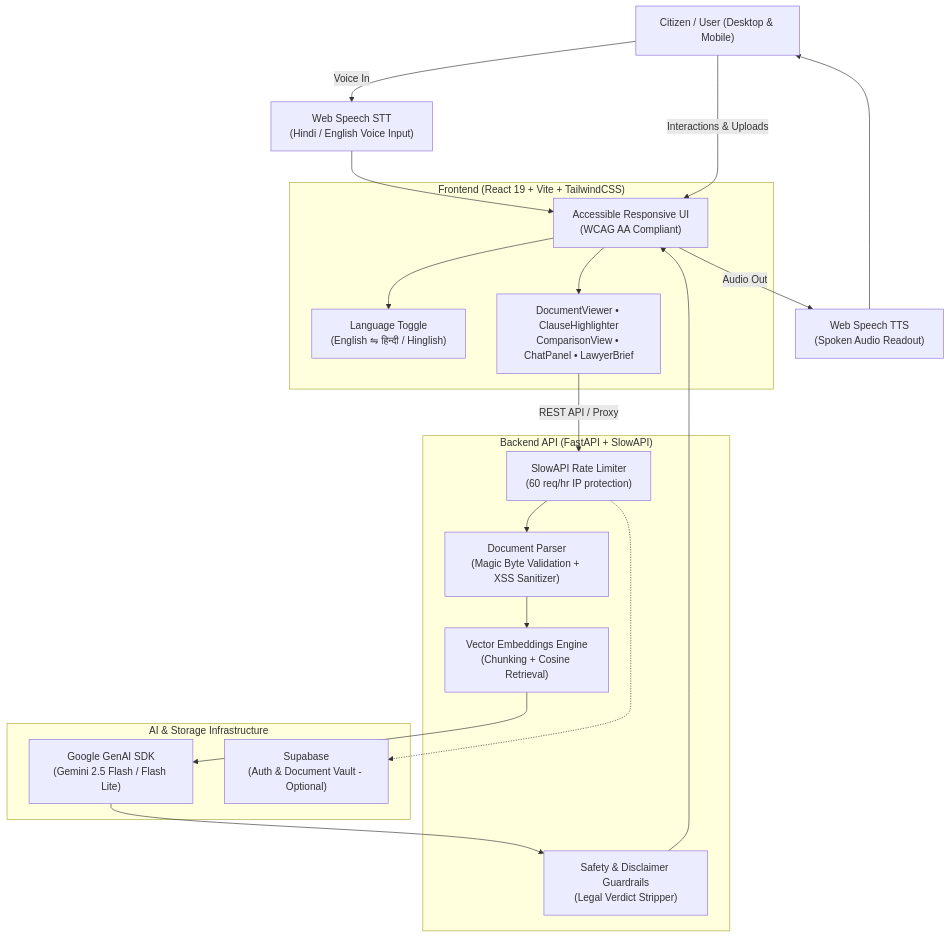
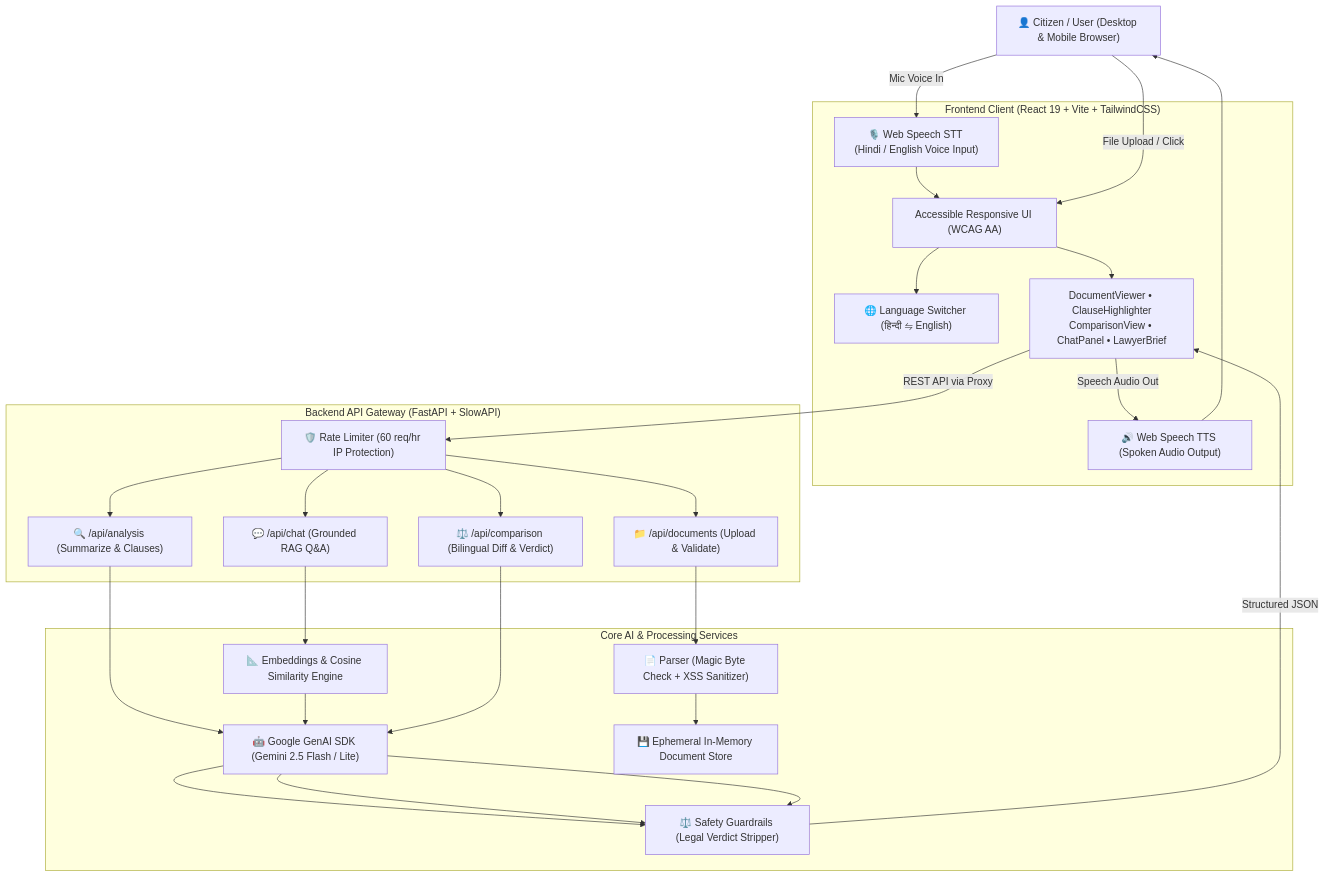
One commit to MOHDUBES/NyaySetu-AI changed the first of 2 diagrams in README.md. Above: the diagram before and after it, drawn with Mermaid. The commit also changed other lines of this file, not shown here.

Commit message:
docs: enrich README with detailed problem-solution, system architecture diagrams, sequence flows, and full project structure tree

````diff
--- a/README.md
+++ b/README.md
@@ -89,37 +52,41 @@
 ```mermaid
 graph TB
-    User["Citizen / User (Desktop & Mobile)"]
-    Mic["Web Speech STT\n(Hindi / English Voice Input)"]
-    Speaker["Web Speech TTS\n(Spoken Audio Readout)"]
+    User["👤 Citizen / User (Desktop & Mobile Browser)"]
     
-    subgraph Frontend ["Frontend (React 19 + Vite + TailwindCSS)"]
-        UI["Accessible Responsive UI\n(WCAG AA Compliant)"]
-        Toggle["Language Toggle\n(English ⇋ हिन्दी / Hinglish)"]
-        Components["DocumentViewer • ClauseHighlighter\nComparisonView • ChatPanel • LawyerBrief"]
+    subgraph ClientLayer ["Frontend Client (React 19 + Vite + TailwindCSS)"]
+        UI["Accessible Responsive UI (WCAG AA)"]
+        STT["🎙️ Web Speech STT (Hindi / English Voice Input)"]
+        TTS["🔊 Web Speech TTS (Spoken Audio Output)"]
+        LangToggle["🌐 Language Switcher (हिन्दी ⇋ English)"]
+        Viewers["DocumentViewer • ClauseHighlighter\nComparisonView • ChatPanel • LawyerBrief"]
     end
     
-    subgraph Backend ["Backend API (FastAPI + SlowAPI)"]
-        RateLimiter["SlowAPI Rate Limiter\n(60 req/hr IP protection)"]
-        Parser["Document Parser\n(Magic Byte Validation + XSS Sanitizer)"]
-        RAG["Vector Embeddings Engine\n(Chunking + Cosine Retrieval)"]
-        Guardrails["Safety & Disclaimer Guardrails\n(Legal Verdict Stripper)"]
+    subgraph APILayer ["Backend API Gateway (FastAPI + SlowAPI)"]
+        Limiter["🛡️ Rate Limiter (60 req/hr IP Protection)"]
+        UploadRouter["📁 /api/documents (Upload & Validate)"]
+        AnalysisRouter["🔍 /api/analysis (Summarize & Clauses)"]
+        ChatRouter["💬 /api/chat (Grounded RAG Q&A)"]
+        CompareRouter["⚖️ /api/comparison (Bilingual Diff & Verdict)"]
     end
     
-    subgraph CloudAI ["AI & Storage Infrastructure"]
-        Gemini["Google GenAI SDK\n(Gemini 2.5 Flash / Flash Lite)"]
-        Supabase["Supabase\n(Auth & Document Vault - Optional)"]
+    subgraph CoreServices ["Core AI & Processing Services"]
+        Parser["📄 Parser (Magic Byte Check + XSS Sanitizer)"]
+        RAG["📐 Embeddings & Cosine Similarity Engine"]
+        LLMService["🤖 Google GenAI SDK (Gemini 2.5 Flash / Lite)"]
+        Guardrails["⚖️ Safety Guardrails (Legal Verdict Stripper)"]
+        SessionMemory["💾 Ephemeral In-Memory Document Store"]
     end
 
-    User -->|"Voice In"| Mic --> UI
-    UI -->|"Audio Out"| Speaker --> User
-    User -->|"Interactions & Uploads"| UI
-    UI --> Toggle
-    UI --> Components
-    Components -->|"REST API / Proxy"| RateLimiter
-    RateLimiter --> Parser
-    Parser --> RAG
-    RAG --> Gemini
-    Gemini --> Guardrails
-    Guardrails --> UI
-    RateLimiter -.-> Supabase
+    User -->|"Mic Voice In"| STT --> UI
+    User -->|"File Upload / Click"| UI
+    UI --> LangToggle
+    UI --> Viewers
+    Viewers -->|"REST API via Proxy"| Limiter
+    Limiter --> UploadRouter & AnalysisRouter & ChatRouter & CompareRouter
+    UploadRouter --> Parser --> SessionMemory
+    AnalysisRouter --> LLMService --> Guardrails
+    ChatRouter --> RAG --> LLMService --> Guardrails
+    CompareRouter --> LLMService --> Guardrails
+    Guardrails -->|"Structured JSON"| Viewers
+    Viewers -->|"Speech Audio Out"| TTS --> User
 ```
````
